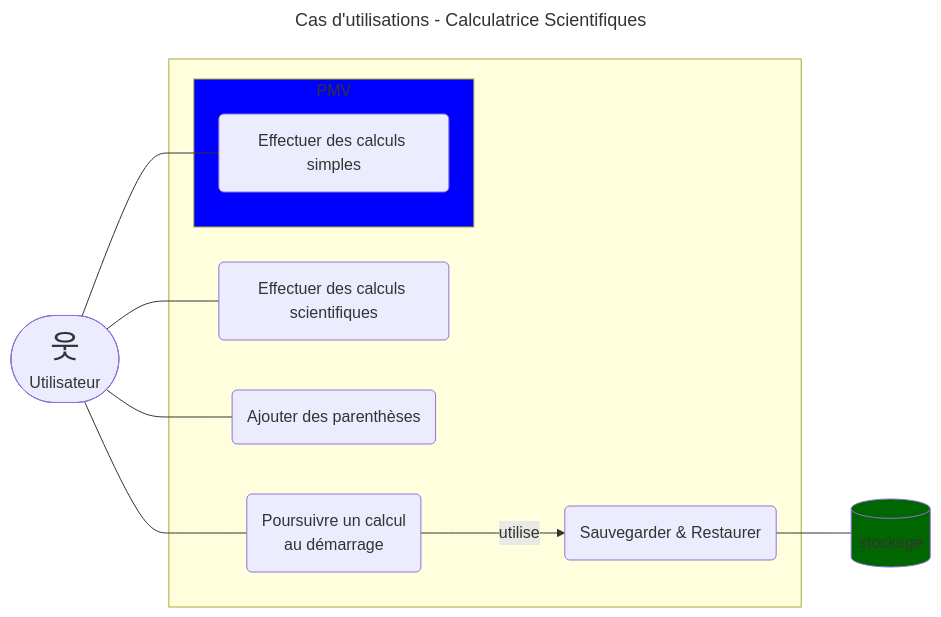
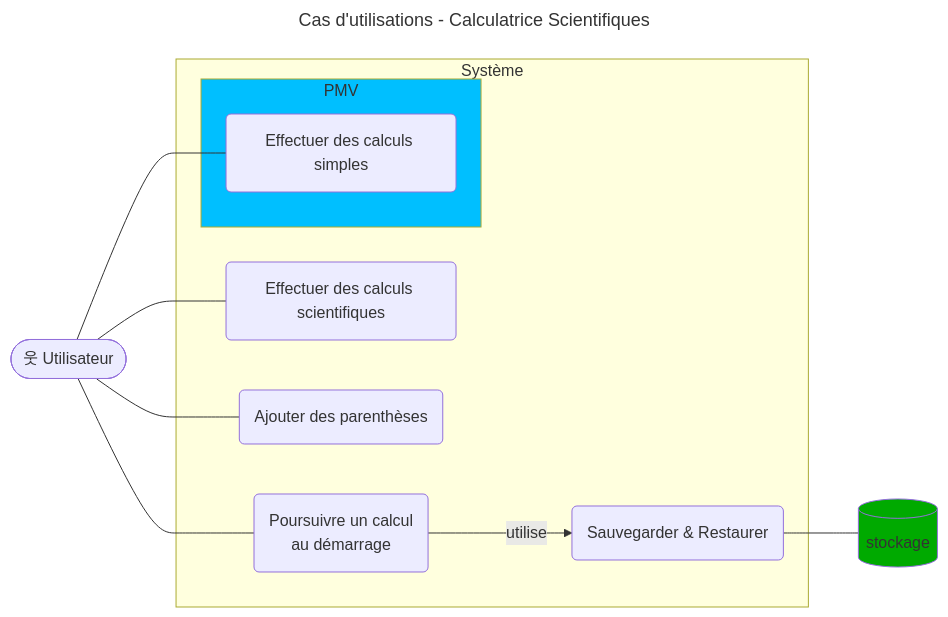
The first of 3 diagrams in documentation/cas-d-utilisation.md (frederickjeanguerin/Cours_6M5_Projet_Guide), drawn with Mermaid before and after one commit. The commit also changed other lines of this file, not shown here.

````diff
--- a/documentation/cas-d-utilisation.md
+++ b/documentation/cas-d-utilisation.md
@@ -27,51 +27,51 @@
 ```mermaid
 ---
 title: Cas d'utilisations - Calculatrice Scientifiques
 ---
 %% Type de diagramme: flowchart
 %% Orientation du diagramme: LR (Left to right)
 flowchart LR
     
     %% Définir d'abord les acteurs
     %% Il n'y a pas de stickman en mermaid. 
     %% Mais on peut le simuler avec un caractère coréen
-    user(["<span style='font-size:200%'>웃</span><br> Utilisateur"])
+    user(["웃 Utilisateur"])
     %% Ou encore utiliser un émoji (décommenter la ligne ci-dessous)
-    %% user(["<span style='font-size:200%'>👤</span><br> Utilisateur"])
+    %% user(["👤 Utilisateur"])
     stockage[(stockage)]
     
     %% Définir ensuite les cas ou fonctionnalités du "système"
-    subgraph système ["&nbsp;"]
+    subgraph Système
         %% Identifier les cas faisant partie du PMV
         subgraph PMV
             arithmétique-de-base(Effectuer des calculs simples)
         end
         
         %% Ajouter ensuite les cas qui ne font pas partie du PMV
         arithmétique-scientifique(Effectuer des calculs scientifiques)
         parenthèses(Ajouter des parenthèses)
         
         poursuivre("Poursuivre un calcul<br>au démarrage")
         rémanence(Sauvegarder & Restaurer)
 
         %% Un cas peut utiliser un autre cas
         poursuivre -->|utilise| rémanence
     end
     
     %% Définir les liens entre les acteurs et les cas
     %% L'ordre est important et décidera si l'acteur sera positionné
     %%      à gauche ou à droite du système.
     %% Par convention on positionne l'acteur principal à gauche
     %%      et les acteurs secondaires à droite.
     user --- arithmétique-de-base
     user --- parenthèses & arithmétique-scientifique
     rémanence --- stockage
     user --- poursuivre
 
     %% Définir au besoin des styles particulier
     %% La couleur doit être une couleur CSS valide 
     %% -> https://www.w3schools.com/cssref/css_colors.php.
-    style PMV fill:blue
+    style PMV fill:deepskyblue
     %% Ou alors hexadécimale à 3 ou 6 chiffres
-    style stockage fill:#060
+    style stockage fill:#0A0
 ```
````
